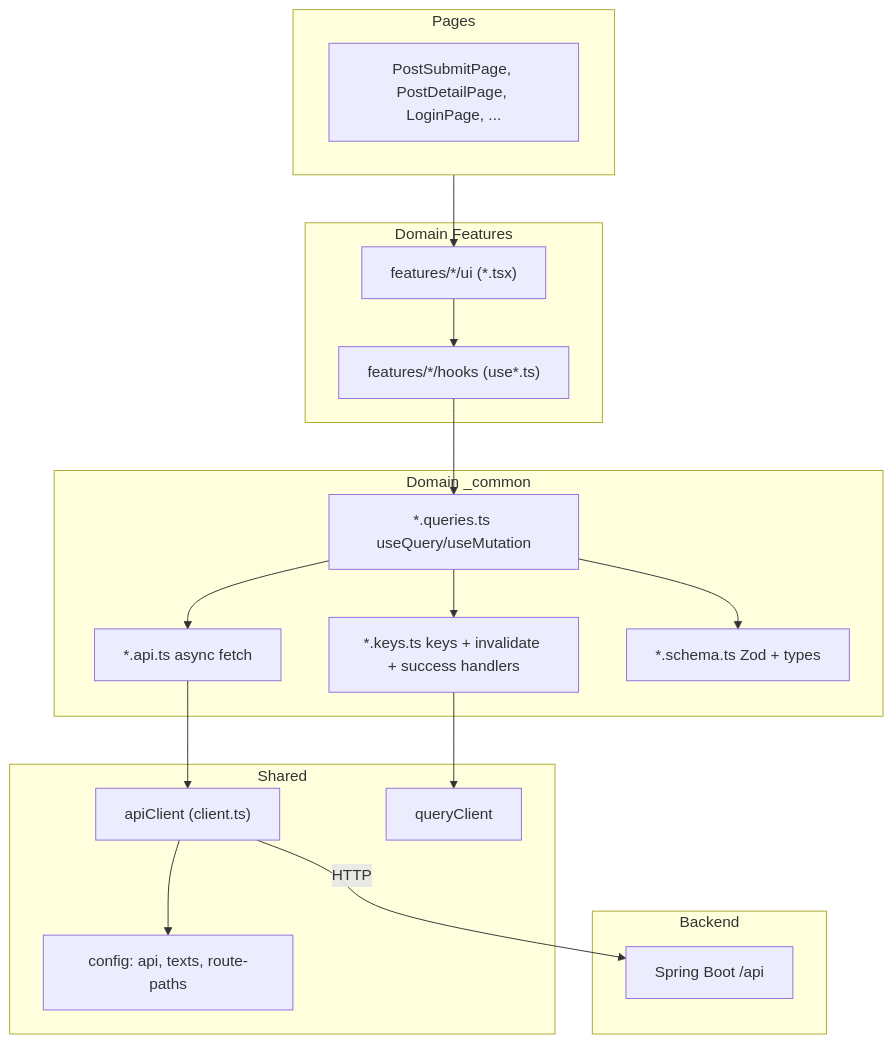
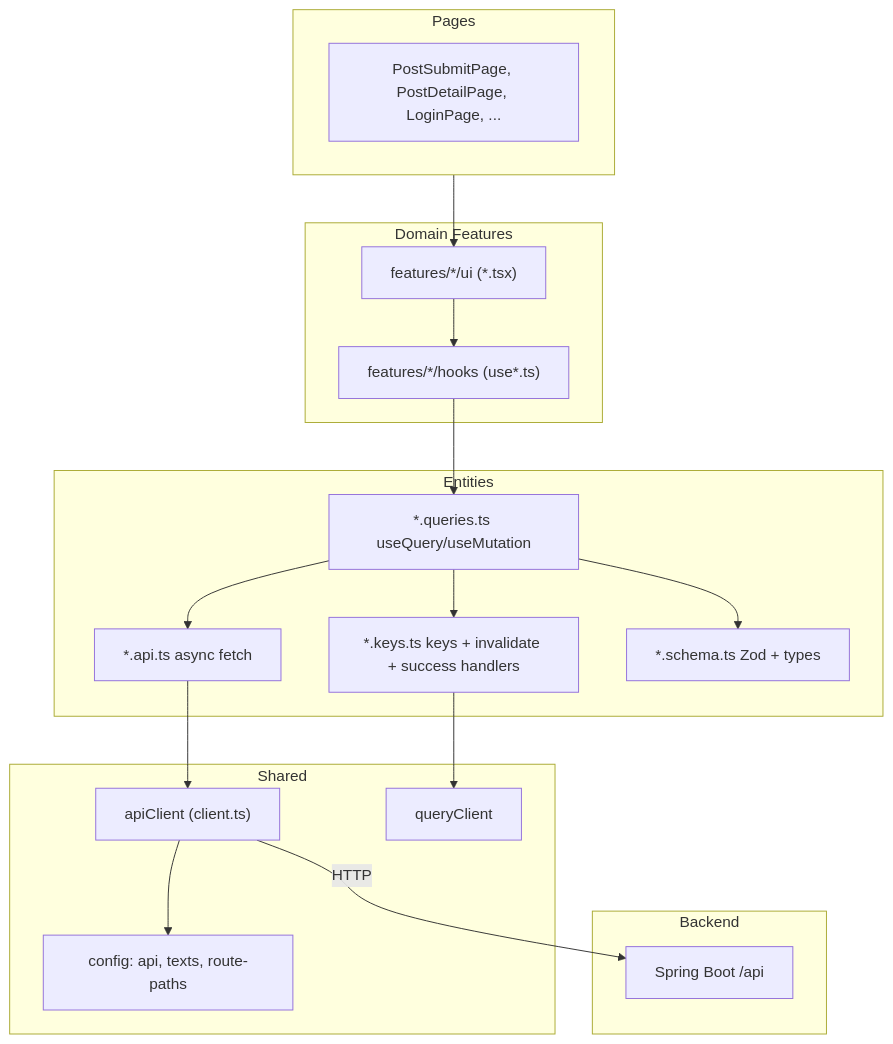
Before and after one commit to BAECHAN/link-sphere_FE_NEW: the third of 4 diagrams in docs/SYSTEM-ARCHITECTURE.md, drawn with Mermaid. The commit also changed 3 other files, not shown here.

````diff
--- a/docs/SYSTEM-ARCHITECTURE.md
+++ b/docs/SYSTEM-ARCHITECTURE.md
@@ -135,34 +135,34 @@
 ```mermaid
 flowchart TB
   subgraph pages [Pages]
     PagesUI[PostSubmitPage, PostDetailPage, LoginPage, ...]
   end
   subgraph features [Domain Features]
     FeatureUI["features/*/ui (*.tsx)"]
     FeatureHooks["features/*/hooks (use*.ts)"]
     FeatureUI --> FeatureHooks
   end
-  subgraph common [Domain _common]
+  subgraph common [Entities]
     Queries["*.queries.ts useQuery/useMutation"]
     Keys["*.keys.ts keys + invalidate + success handlers"]
     Api["*.api.ts async fetch"]
     Schema["*.schema.ts Zod + types"]
     Queries --> Keys
     Queries --> Api
     Queries --> Schema
   end
   subgraph shared [Shared]
     ApiClient["apiClient (client.ts)"]
     QueryClient["queryClient"]
     Config["config: api, texts, route-paths"]
   end
   subgraph backend [Backend]
     BE["Spring Boot /api"]
   end
   pages --> FeatureUI
   FeatureHooks --> Queries
   Api --> ApiClient
   Keys --> QueryClient
   ApiClient --> Config
   ApiClient -->|HTTP| BE
 ```
````
